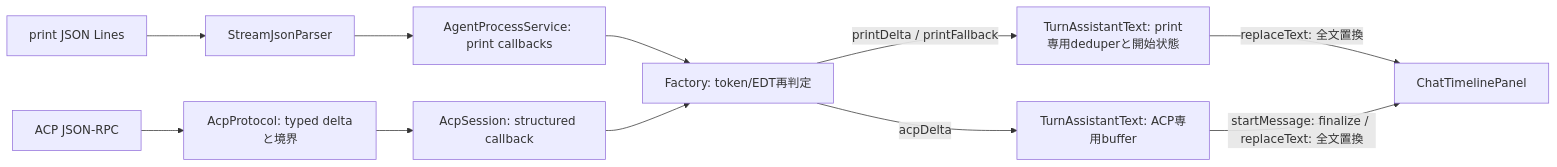
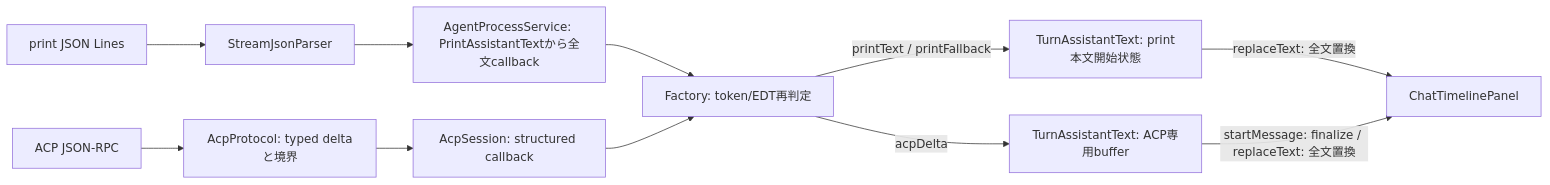
The diagram in docs/architecture/event-contracts.md (shinma06/cursor-in-android-studio), drawn with Mermaid before and after one commit. The commit also changed other lines of this file and 17 other files, not shown here.

````diff
--- a/docs/architecture/event-contracts.md
+++ b/docs/architecture/event-contracts.md
@@ -20,13 +20,13 @@
 ```mermaid
 flowchart LR
   PRINT[print JSON Lines] --> PARSER[StreamJsonParser]
-  PARSER --> SERVICE[AgentProcessService: print callbacks]
+  PARSER --> SERVICE[AgentProcessService: PrintAssistantTextから全文callback]
   ACP[ACP JSON-RPC] --> PROTOCOL[AcpProtocol: typed deltaと境界]
   PROTOCOL --> SESSION[AcpSession: structured callback]
   SERVICE --> GUARD[Factory: token/EDT再判定]
   SESSION --> GUARD
-  GUARD -->|printDelta / printFallback| P[TurnAssistantText: print専用deduperと開始状態]
+  GUARD -->|printText / printFallback| P[TurnAssistantText: print本文開始状態]
   GUARD -->|acpDelta| A[TurnAssistantText: ACP専用buffer]
   P -->|replaceText: 全文置換| UI[ChatTimelinePanel]
   A -->|startMessage: finalize / replaceText: 全文置換| UI
 ```
````
